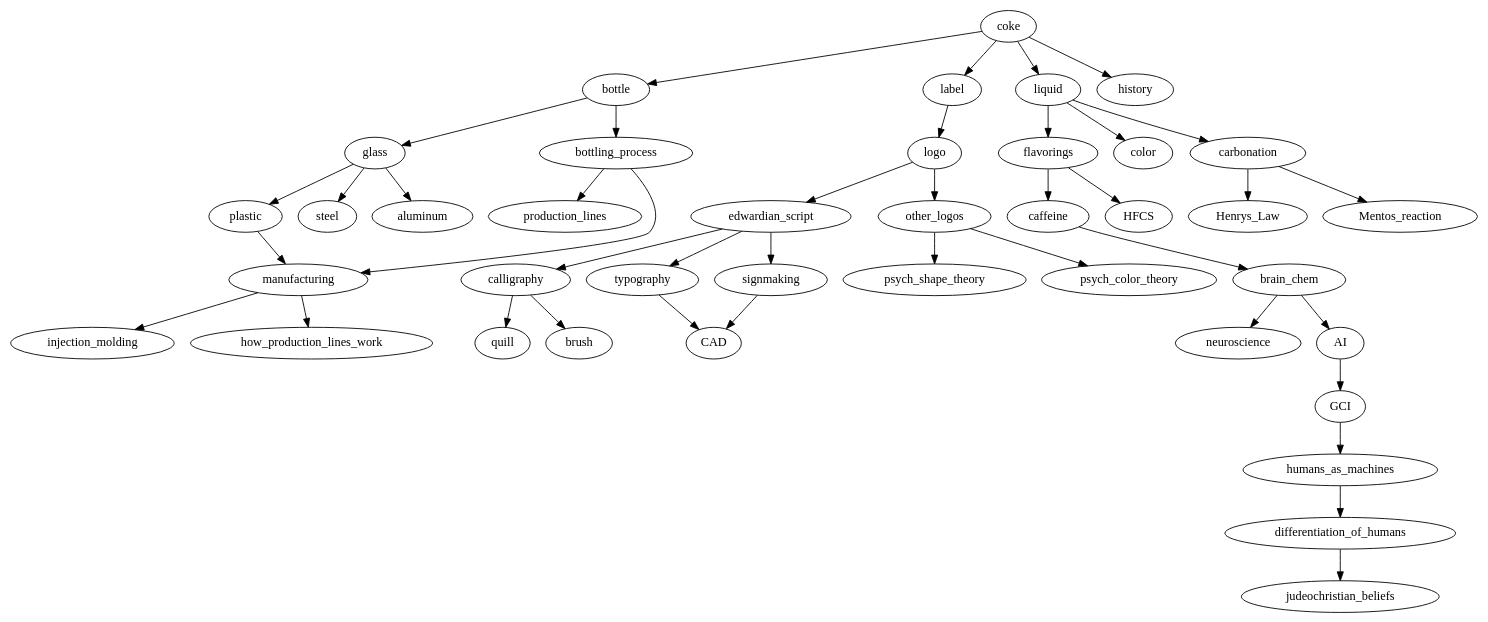
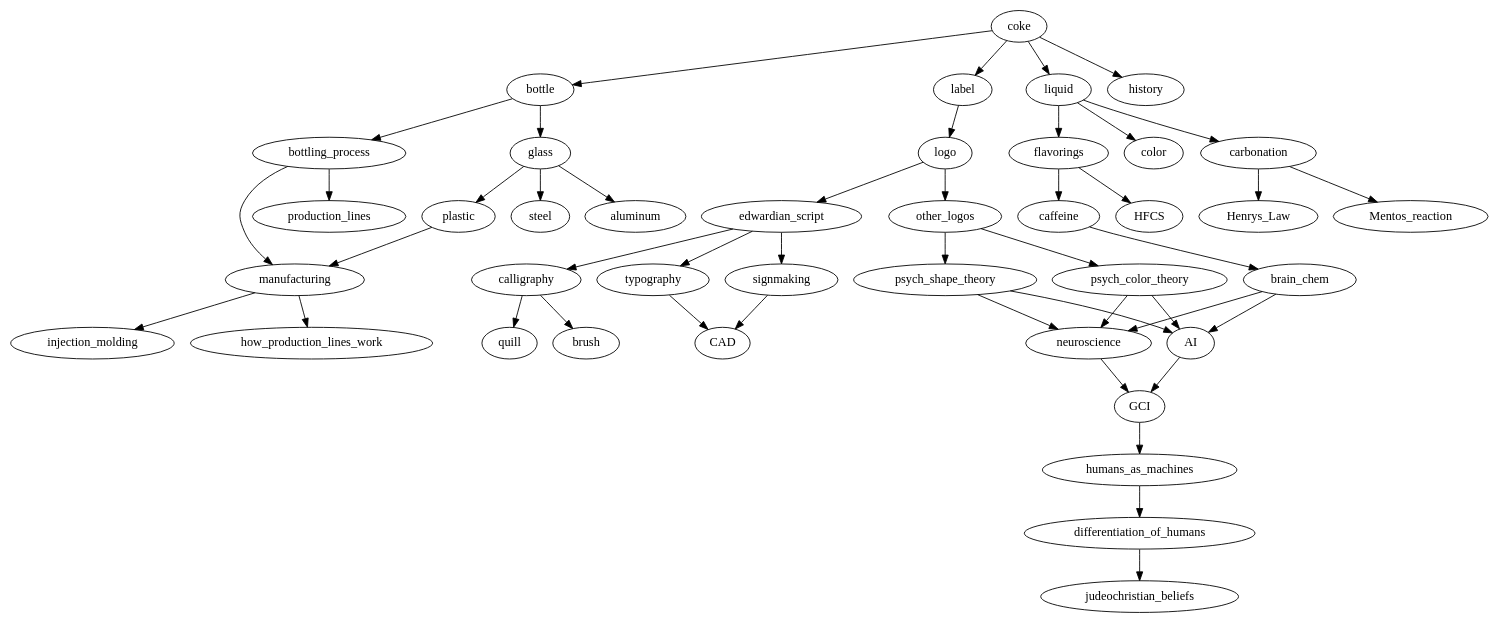
One commit to vinitlee/ufiles changed the diagram in scienceofeverything.dot. Above: the diagram before and after it, drawn with Graphviz.

```diff
--- a/scienceofeverything.dot
+++ b/scienceofeverything.dot
@@ -1,62 +1,69 @@
 digraph coke {
     coke -> bottle
     coke -> label
     coke -> liquid
     coke -> history
 
     bottle -> glass
     bottle -> bottling_process
 
     bottling_process -> production_lines
     bottling_process -> manufacturing
 
     glass -> plastic
     glass -> steel
     glass -> aluminum
 
     plastic -> manufacturing -> injection_molding
 
     manufacturing -> how_production_lines_work
 
     label -> logo
 
     logo -> edwardian_script
     logo -> other_logos
 
     edwardian_script -> calligraphy
     edwardian_script -> typography
     edwardian_script -> signmaking
 
     signmaking -> CAD
 
     typography -> CAD
 
     calligraphy -> quill
     calligraphy -> brush
 
     other_logos -> psych_shape_theory
     other_logos -> psych_color_theory
 
     liquid -> flavorings
     liquid -> color
     liquid -> carbonation
 
     carbonation -> Henrys_Law
     carbonation -> Mentos_reaction
 
     flavorings -> caffeine
     flavorings -> HFCS
 
     caffeine -> brain_chem
 
     brain_chem -> neuroscience
     brain_chem -> AI
 
+    psych_color_theory -> neuroscience
+    psych_shape_theory -> neuroscience
+
+    psych_color_theory -> AI
+    psych_shape_theory -> AI
+
+    neuroscience -> GCI
     AI -> GCI
 
     GCI -> humans_as_machines
 
     humans_as_machines -> differentiation_of_humans
 
     differentiation_of_humans -> judeochristian_beliefs
 }
```
